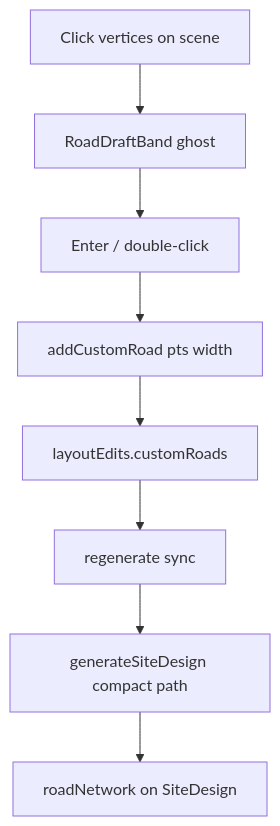
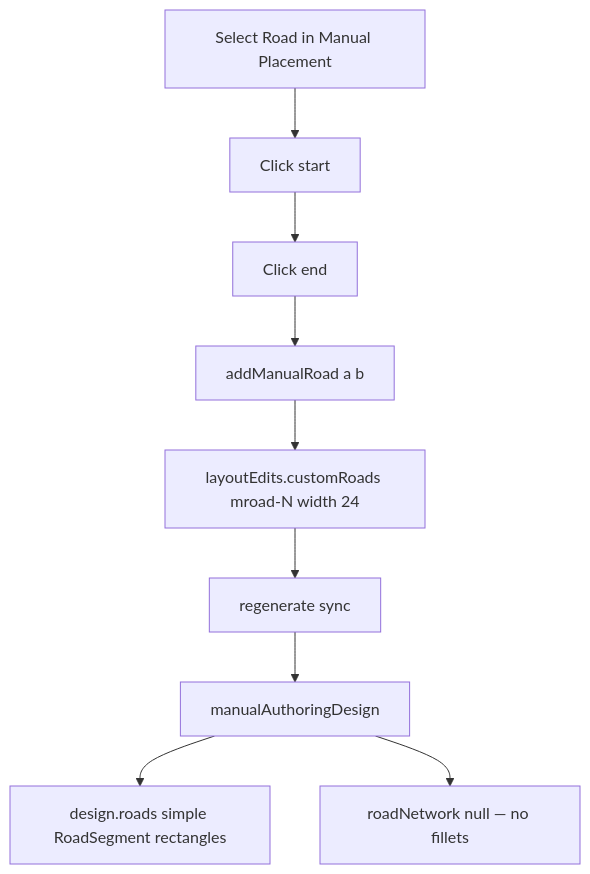
The diagram in docs/manual-road-placement.md (whitehornarya/BessForge), drawn with Mermaid before and after one commit. The commit also changed other lines of this file and 5 other files, not shown here.

````diff
--- a/docs/manual-road-placement.md
+++ b/docs/manual-road-placement.md
@@ -13,10 +34,11 @@
 ```mermaid
 flowchart TD
-  draw[Click vertices on scene] --> preview[RoadDraftBand ghost]
-  preview --> commit["Enter / double-click"]
-  commit --> add[addCustomRoad pts width]
-  add --> edits["layoutEdits.customRoads"]
+  arm[Select Road in Manual Placement] --> click1[Click start]
+  click1 --> click2[Click end]
+  click2 --> add[addManualRoad a b]
+  add --> edits["layoutEdits.customRoads mroad-N width 24"]
   edits --> regen[regenerate sync]
-  regen --> engine["generateSiteDesign compact path"]
-  engine --> net[roadNetwork on SiteDesign]
+  regen --> engine[manualAuthoringDesign]
+  engine --> segs["design.roads simple RoadSegment rectangles"]
+  engine --> nullNet["roadNetwork null — no fillets"]
 ```
````
